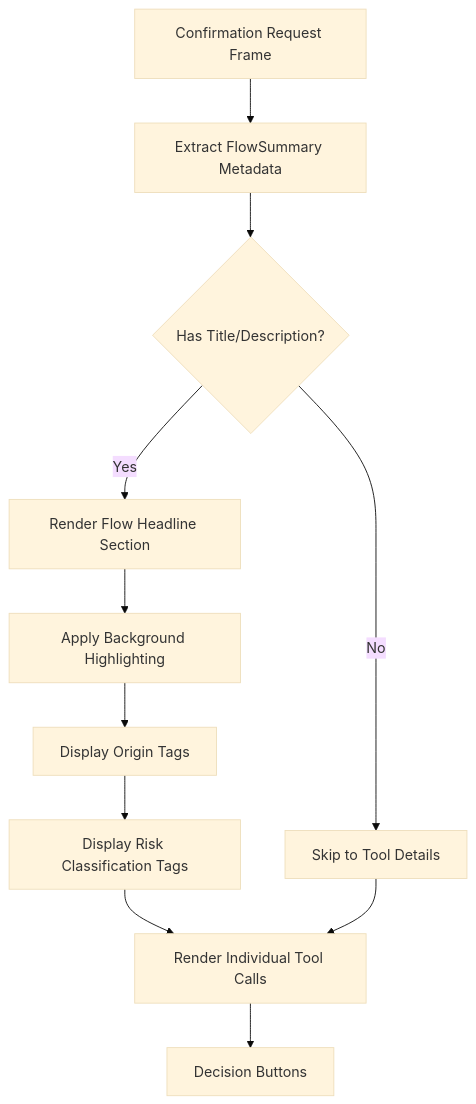
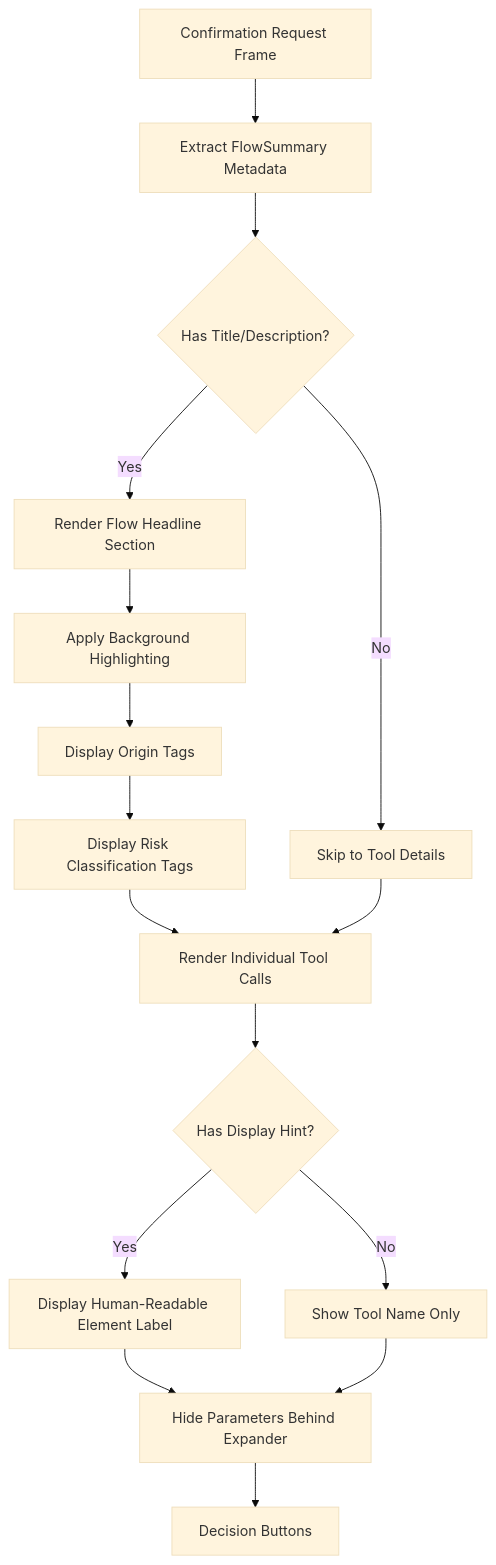
The seventh of 11 diagrams in .qoder/repowiki/en/content/Operator Portal.md (metasync/luban-aiops), drawn with Mermaid (base theme) before and after one commit. The commit also changed other lines of this file and 3 other files, not shown here.

````diff
--- a/.qoder/repowiki/en/content/Operator Portal.md
+++ b/.qoder/repowiki/en/content/Operator Portal.md
@@ -275,13 +284,18 @@
 ```mermaid
 flowchart TD
 ConfirmationRequest["Confirmation Request Frame"] --> FlowContext["Extract FlowSummary Metadata"]
 FlowContext --> TitleCheck{"Has Title/Description?"}
 TitleCheck --> |Yes| RenderHeadline["Render Flow Headline Section"]
 TitleCheck --> |No| SkipHeadline["Skip to Tool Details"]
 RenderHeadline --> BackgroundStyle["Apply Background Highlighting"]
 BackgroundStyle --> OriginTags["Display Origin Tags"]
 OriginTags --> RiskTags["Display Risk Classification Tags"]
 RiskTags --> ToolDetails["Render Individual Tool Calls"]
+ToolDetails --> DisplayHint{"Has Display Hint?"}
+DisplayHint --> |Yes| ShowProse["Display Human-Readable Element Label"]
+DisplayHint --> |No| ShowRaw["Show Tool Name Only"]
+ShowProse --> TechnicalExpander["Hide Parameters Behind Expander"]
+ShowRaw --> TechnicalExpander
+TechnicalExpander --> DecisionButtons["Decision Buttons"]
 SkipHeadline --> ToolDetails
-ToolDetails --> DecisionButtons["Decision Buttons"]
 ```
````
